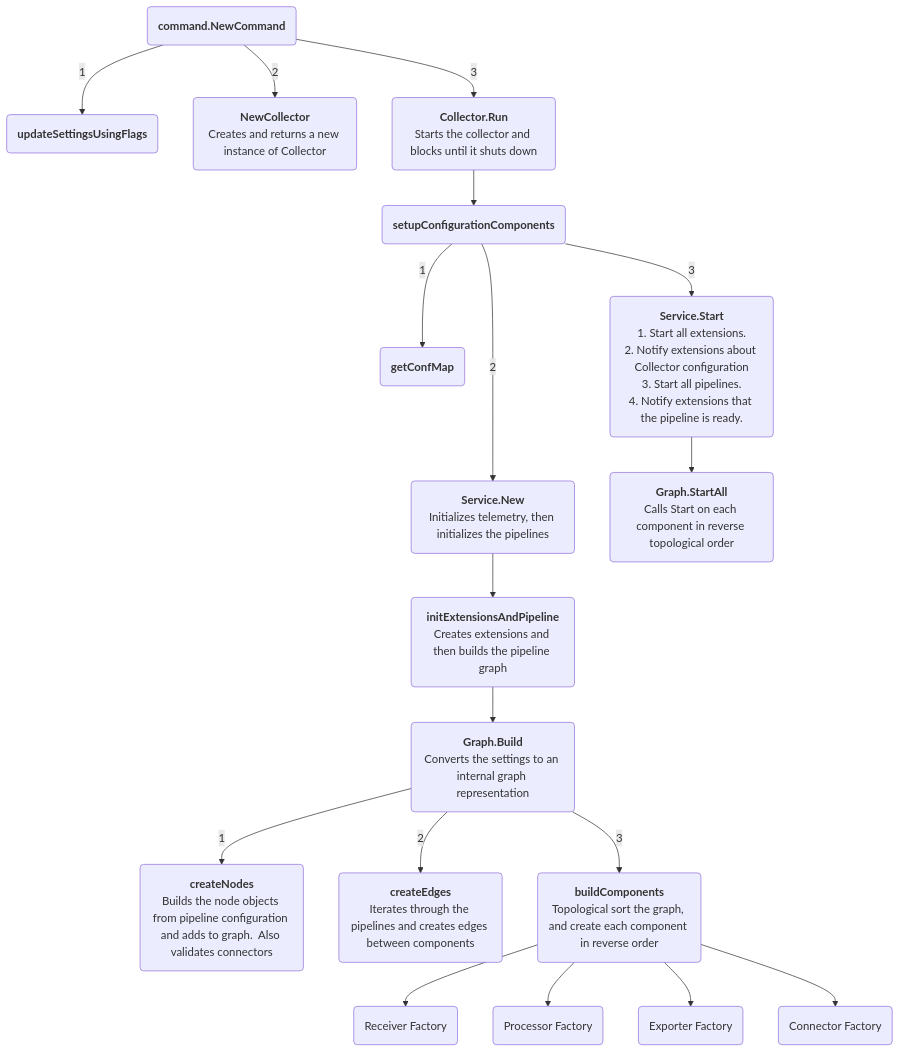
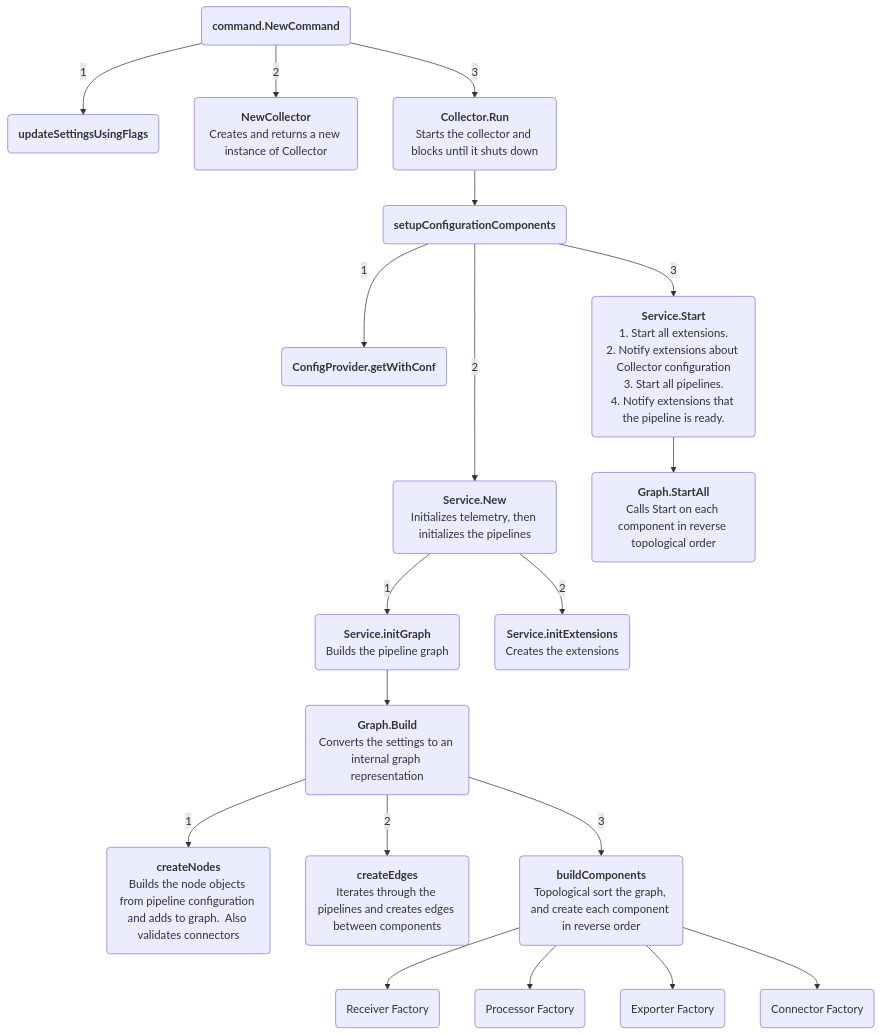
The first of 3 diagrams in docs/internal-architecture.md (open-telemetry/opentelemetry-collector), drawn with Mermaid before and after one commit.

Commit message:
[chore] Fix function names in internal-architecture startup diagram (#16379)
<!--Ex. Fixing a bug - Describe the bug and how this fixes the issue.
Ex. Adding a feature - Explain what this achieves.-->
#### Description
Corrected the internal-architecture.md file which had outdated function
names in startup flow diagram . Now it uses updated function names .

<!-- Issue number if applicable -->
#### Link to tracking issue
Fixes #16359

<!--Describe what testing was performed and which tests were added.-->
#### Testing
I ran a grep over otelcol and service, and it found getWithConf,
initGraph and initExtensions in the Go code.
And also did grep for old function names and nothing showed up

<!--Describe the documentation added.-->
#### Documentation
Updated internal-architecture.md file.

<!--Authorship attestation. See AGENTS.md for details. AI agents must
not check this box on behalf
of the user; the human author must check it themselves before the PR is
ready for review.-->
#### Authorship

- [x] I, a human, wrote this pull request description myself.

<!--Please delete paragraphs that you did not use before submitting.-->

````diff
--- a/docs/internal-architecture.md
+++ b/docs/internal-architecture.md
@@ -8,31 +8,33 @@
 ```mermaid
 flowchart TD
     A("`**command.NewCommand**`") -->|1| B("`**updateSettingsUsingFlags**`")
     A --> |2| C("`**NewCollector**
     Creates and returns a new instance of Collector`")
     A --> |3| D("`**Collector.Run**
     Starts the collector and blocks until it shuts down`")
     D --> E("`**setupConfigurationComponents**`")
-    E -->  |1| F("`**getConfMap**`")
+    E -->  |1| F("`**ConfigProvider.getWithConf**`")
     E ---> |2| G("`**Service.New**
      Initializes telemetry, then initializes the pipelines`")
     E --> |3| Q("`**Service.Start**
     1. Start all extensions.
     2. Notify extensions about Collector configuration
     3. Start all pipelines.
     4. Notify extensions that the pipeline is ready.
     `")
     Q --> R("`**Graph.StartAll**
     Calls Start on each component in reverse topological order`")
-    G --> H("`**initExtensionsAndPipeline**
-     Creates extensions and then builds the pipeline graph`")
+    G --> |1| H("`**Service.initGraph**
+     Builds the pipeline graph`")
+    G --> |2| X("`**Service.initExtensions**
+     Creates the extensions`")
     H --> I("`**Graph.Build**
      Converts the settings to an internal graph representation`")
     I --> |1| J("`**createNodes**
      Builds the node objects from pipeline configuration and adds to graph.  Also validates connectors`")
     I --> |2| K("`**createEdges**
      Iterates through the pipelines and creates edges between components`")
     I --> |3| L("`**buildComponents**
      Topological sort the graph, and create each component in reverse order`")
     L --> M(Receiver Factory) & N(Processor Factory) & O(Exporter Factory) & P(Connector Factory)
 ```
````
